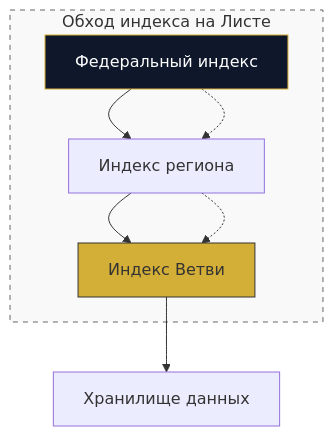
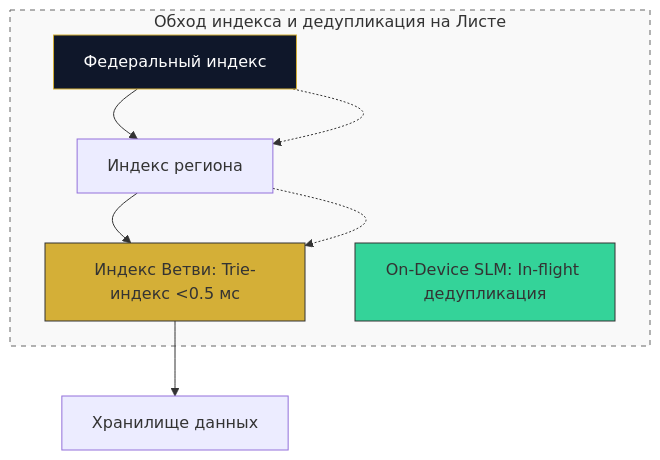
One commit to Data-Independence-Network/presentations changed diagram 13 of 53 in shared_docs/Технический документ платформы Турбаза.md. Above: the diagram before and after it, drawn with Mermaid. The commit also changed other lines of this file and 9 other files, not shown here.

````diff
--- a/shared_docs/Технический документ платформы Турбаза.md
+++ b/shared_docs/Технический документ платформы Турбаза.md
@@ -311,15 +332,17 @@
 ```mermaid
 graph TD
     Root[Федеральный индекс] --> State[Индекс региона]
-    State --> Branch[Индекс Ветви]
+    State --> Branch[Индекс Ветви: Trie-индекс <0.5 мс]
     Branch --> Repo[Хранилище данных]
     
-    subgraph Leaf_Traverse [Обход индекса на Листе]
+    subgraph Leaf_Traverse [Обход индекса и дедупликация на Листе]
         Root -.-> State
         State -.-> Branch
+        SLM[On-Device SLM: In-flight дедупликация]
     end
 
     style Root fill:#0F172A,stroke:#D4AF37,color:#fff
     style Branch fill:#D4AF37,stroke:#333
     style Leaf_Traverse fill:#f9f9f9,stroke:#666,stroke-dasharray: 5 5
+    style SLM fill:#34D399,stroke:#333
 ```
````
